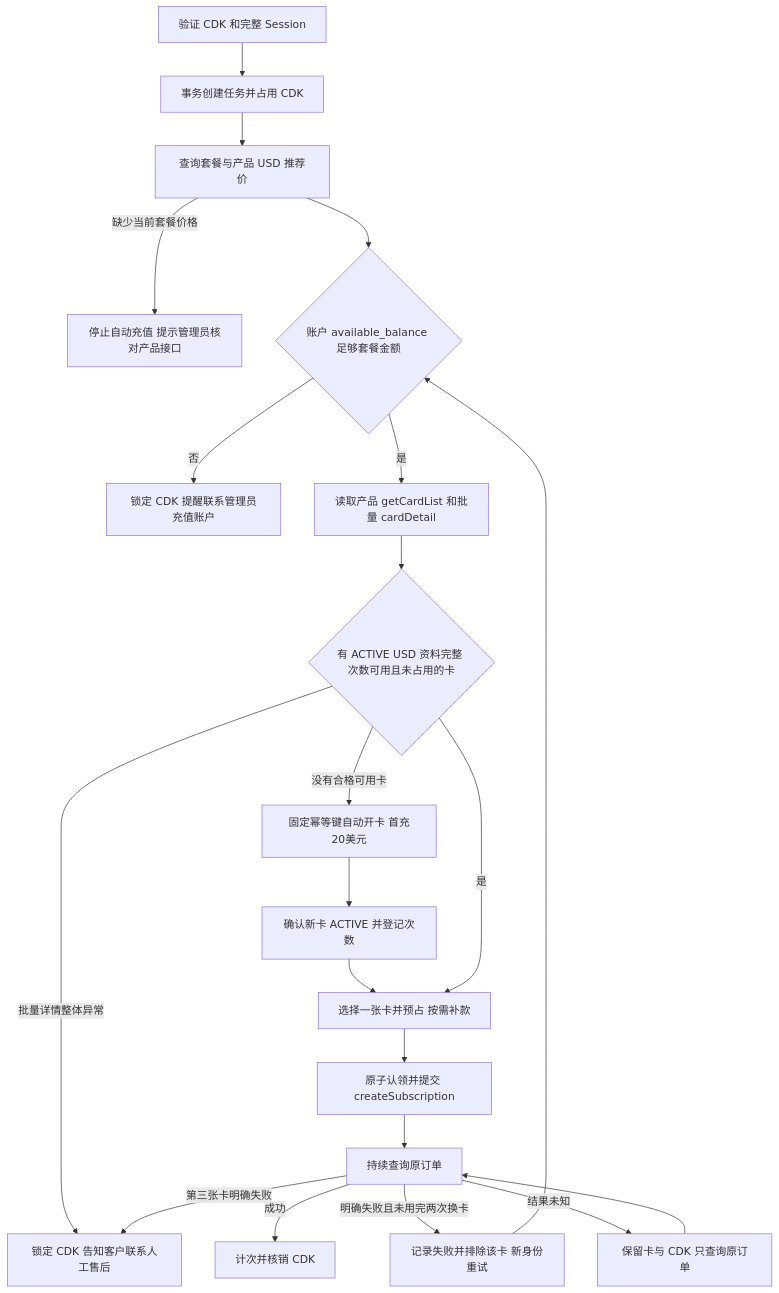
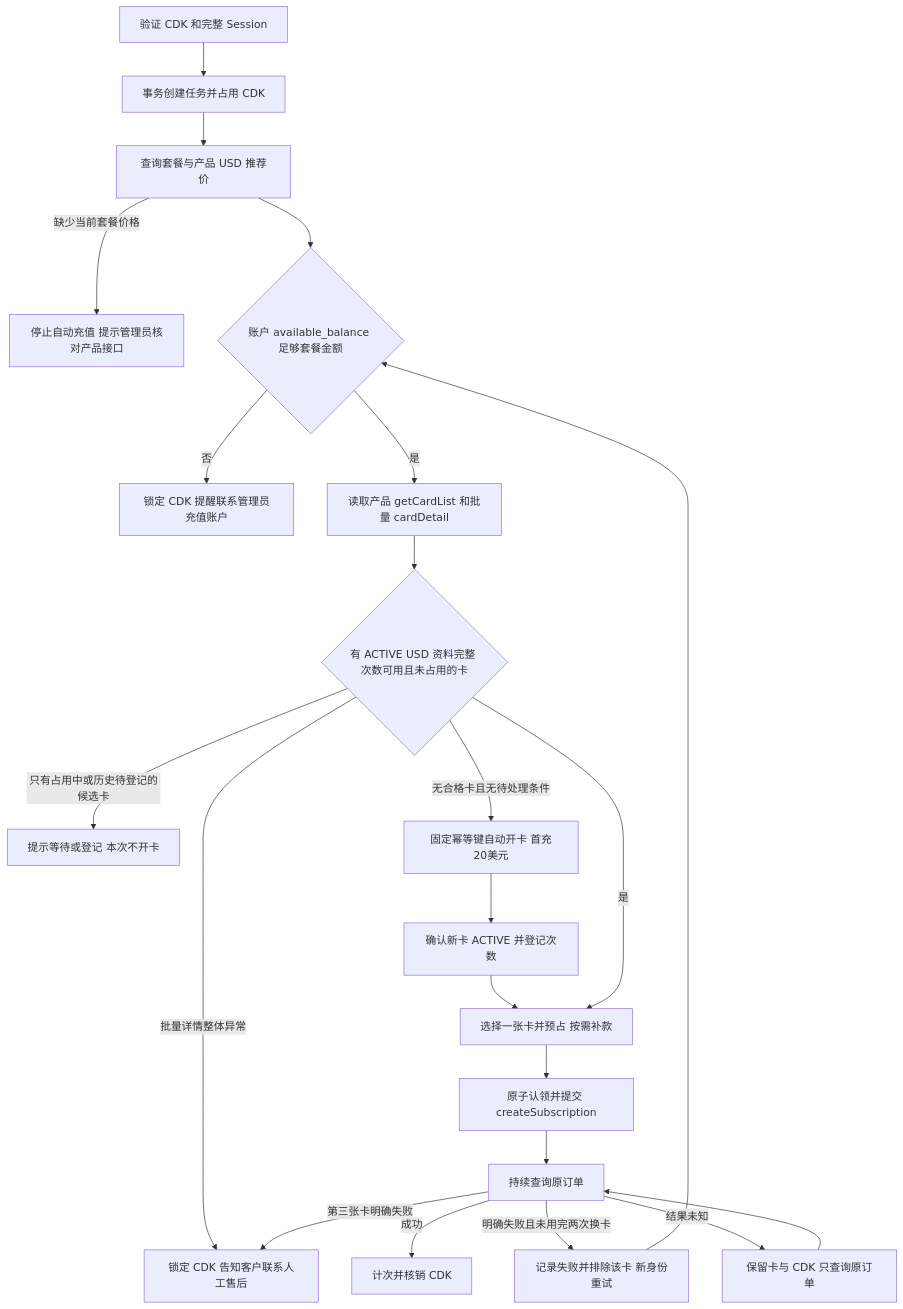
One commit to miracal-0312/Pay-gpt-Orbit changed the diagram in ORBITCARD-CARDS.md. Above: the diagram before and after it, drawn with Mermaid. The commit also changed other lines of this file and 20 other files, not shown here.

````diff
--- a/ORBITCARD-CARDS.md
+++ b/ORBITCARD-CARDS.md
@@ -22,23 +22,24 @@
 ```mermaid
 flowchart TD
     A[验证 CDK 和完整 Session] --> B[事务创建任务并占用 CDK]
     B --> C[查询套餐与产品 USD 推荐价]
     C -->|缺少当前套餐价格| Q[停止自动充值 提示管理员核对产品接口]
     C --> D{账户 available_balance 足够套餐金额}
     D -->|否| E[锁定 CDK 提醒联系管理员充值账户]
     D -->|是| F[读取产品 getCardList 和批量 cardDetail]
     F --> G{有 ACTIVE USD 资料完整 次数可用且未占用的卡}
     G -->|批量详情整体异常| H[锁定 CDK 告知客户联系人工售后]
-    G -->|没有合格可用卡| O[固定幂等键自动开卡 首充20美元]
+    G -->|只有占用中或历史待登记的候选卡| W[提示等待或登记 本次不开卡]
+    G -->|无合格卡且无待处理条件| O[固定幂等键自动开卡 首充20美元]
     O --> P[确认新卡 ACTIVE 并登记次数]
     P --> I
     G -->|是| I[选择一张卡并预占 按需补款]
     I --> J[原子认领并提交 createSubscription]
     J --> K[持续查询原订单]
     K -->|成功| L[计次并核销 CDK]
     K -->|明确失败且未用完两次换卡| M[记录失败并排除该卡 新身份重试]
     M --> D
     K -->|第三张卡明确失败| H
     K -->|结果未知| N[保留卡与 CDK 只查询原订单]
     N --> K
 ```
````
